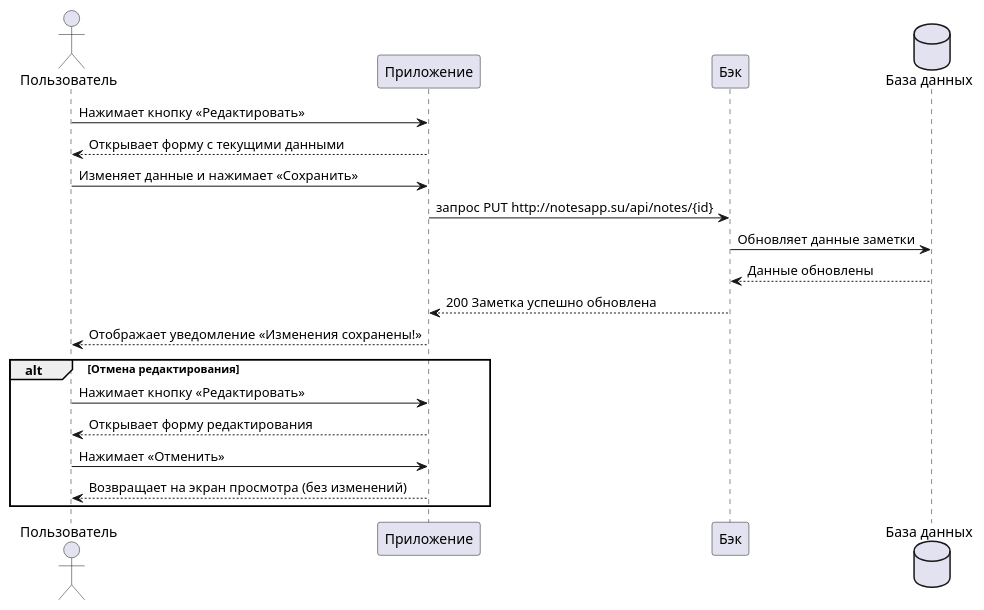
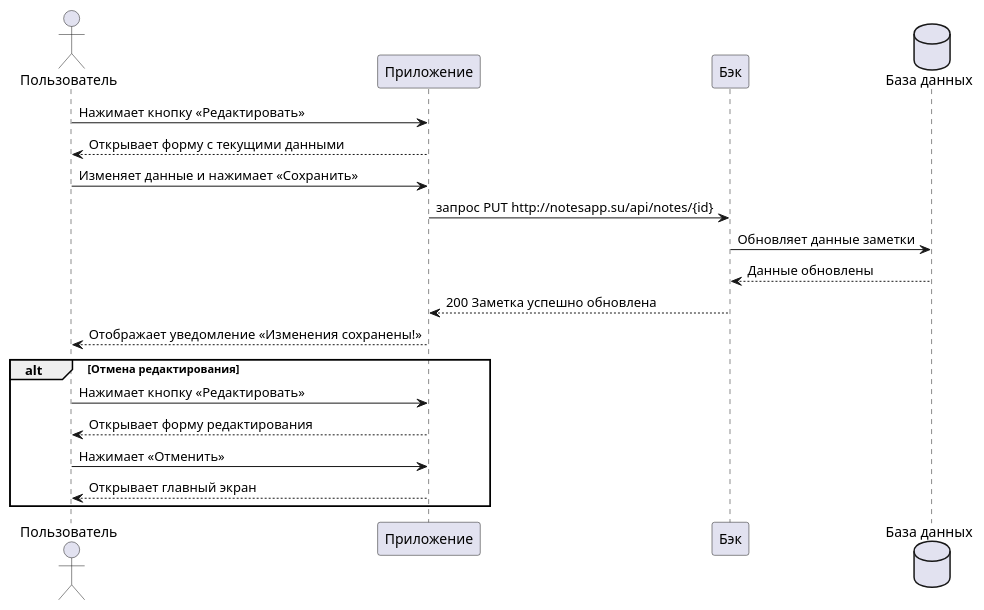
One commit to lopefre/docs-test-project changed the diagram in docs/api/notesapp.md. Above: the diagram before and after it, drawn with PlantUML. The commit also changed other lines of this file, not shown here.

Commit message:
Update cancel edit flow in notesapp documentation

````diff
--- a/docs/api/notesapp.md
+++ b/docs/api/notesapp.md
@@ -48,26 +48,26 @@
 ```puml
 @startuml
 actor Пользователь
 participant Приложение
 participant Бэк
 database "База данных"
 
 Пользователь -> Приложение: Нажимает кнопку «Редактировать»
 Пользователь <-- Приложение: Открывает форму с текущими данными
 Пользователь -> Приложение: Изменяет данные и нажимает «Сохранить»
 Приложение -> Бэк: запрос PUT http://notesapp.su/api/notes/{id}
 Бэк -> "База данных": Обновляет данные заметки
 Бэк <-- "База данных": Данные обновлены
 Бэк --> Приложение: 200 Заметка успешно обновлена
 Приложение --> Пользователь: Отображает уведомление «Изменения сохранены!»
 
 alt Отмена редактирования
 Пользователь -> Приложение: Нажимает кнопку «Редактировать»
 Пользователь <-- Приложение: Открывает форму редактирования
 Пользователь -> Приложение: Нажимает «Отменить»
-Приложение --> Пользователь: Возвращает на экран просмотра (без изменений)
+Приложение --> Пользователь: Открывает главный экран
 end alt
 
 @enduml
 
 ```
````
